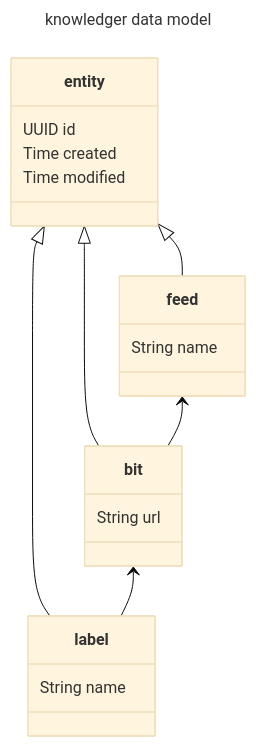
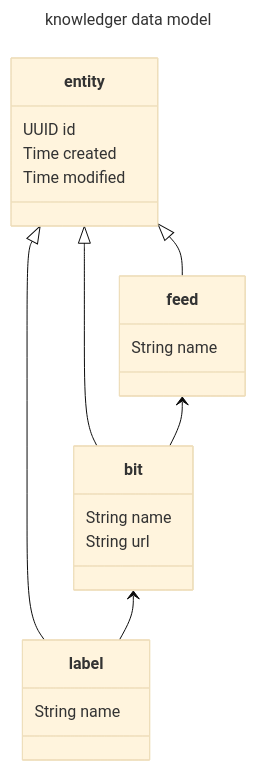
One commit to tmstff/knowledger changed the diagram in README.md. Above: the diagram before and after it, drawn with Mermaid (base theme). The commit also changed other lines of this file, not shown here.

Commit message:
add name to bit and improve comments of common fields

````diff
--- a/README.md
+++ b/README.md
@@ -10,25 +10,26 @@
 ```mermaid
 ---
 title: knowledger data model
 ---
 classDiagram
     entity <|-- feed
     entity <|-- bit
     entity <|-- label
     feed <-- bit
     bit <-- label
     class entity {
         UUID id
         Time created
         Time modified
     }
     class feed {
         String name
     }
     class bit {
+        String name
         String url
     }
     class label {
         String name
     }
 ```
````
